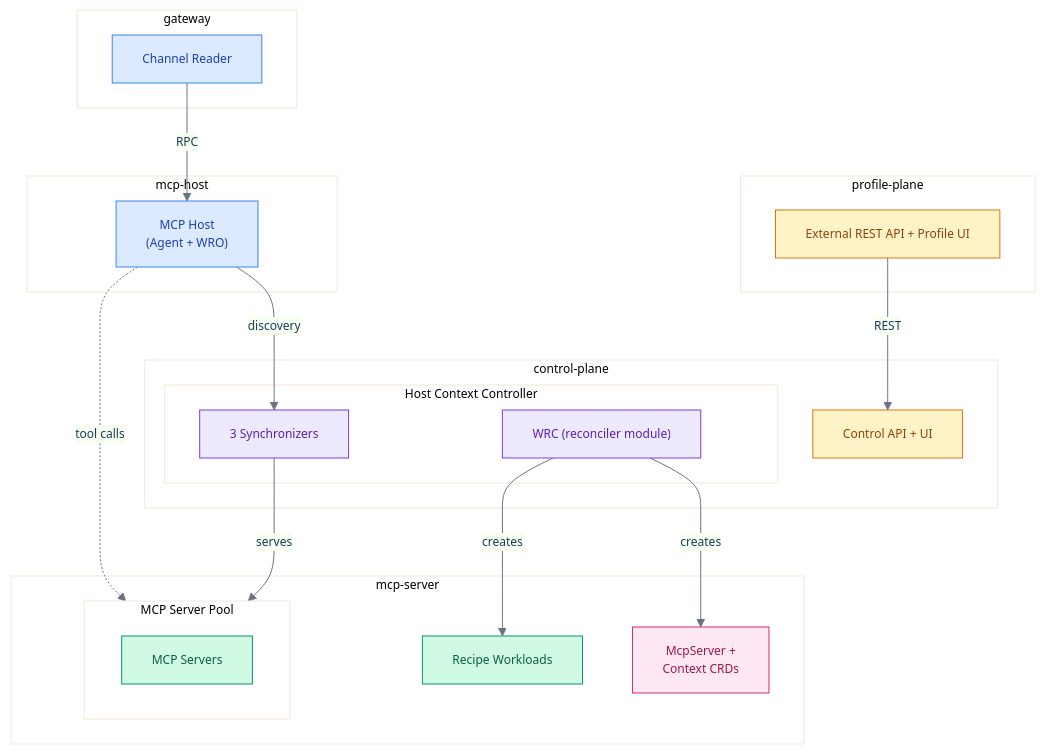
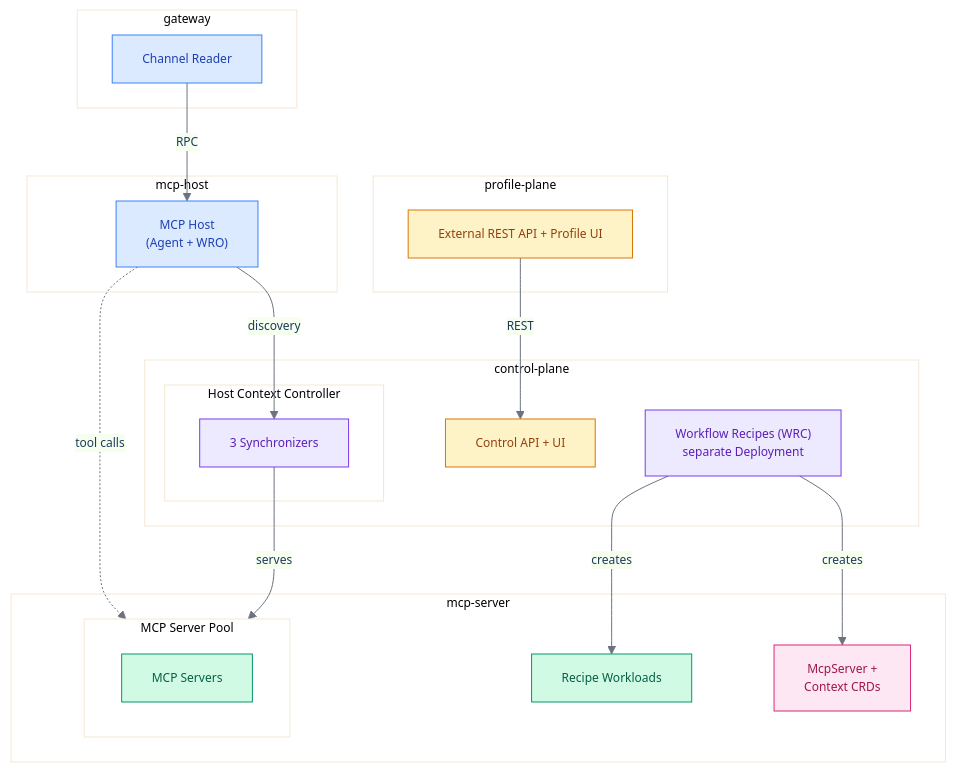
The first of 4 diagrams in docs/crds/workflowrecipe.md (evenfire-ai/evenfire), drawn with Mermaid before and after one commit. The commit also changed other lines of this file and 20 other files, not shown here.

````diff
--- a/docs/crds/workflowrecipe.md
+++ b/docs/crds/workflowrecipe.md
@@ -88,63 +88,63 @@
 ```mermaid
 %%{init: {'theme':'base', 'themeVariables': {
   'primaryColor':'#EFF6FF',
   'primaryTextColor':'#1E3A5F',
   'primaryBorderColor':'#3B82F6',
   'lineColor':'#6B7280',
   'fontSize':'12px'
 }}}%%
 flowchart TB
     subgraph NS_PP["profile-plane"]
         PP["External REST API + Profile UI"]
     end
 
     subgraph NS_CP["control-plane"]
         CP["Control API + UI"]
     end
 
     subgraph NS_GW["gateway"]
         CR["Channel Reader"]
     end
 
     subgraph NS_HOST["mcp-host"]
         MH["MCP Host<br/>(Agent + WRO)"]
     end
 
     subgraph NS_CP["control-plane"]
         CP["Control API + UI"]
         subgraph HCC_BOX["Host Context Controller"]
             HCC_SYNC["3 Synchronizers"]
-            WRC["WRC (reconciler module)"]
         end
+        WRC["Workflow Recipes (WRC)<br/>separate Deployment"]
     end
 
     subgraph NS_MCP["mcp-server"]
         subgraph POOL["MCP Server Pool"]
             MCS["MCP Servers"]
         end
         WL["Recipe Workloads"]
         CRD["McpServer +<br/>Context CRDs"]
     end
 
     CR -->|"RPC"| MH
     MH -->|"discovery"| HCC_SYNC
     HCC_SYNC -->|"serves"| POOL
     MH -.->|"tool calls"| POOL
     WRC -->|"creates"| CRD
     WRC -->|"creates"| WL
     PP -->|"REST"| CP
 
     classDef service fill:#DBEAFE,stroke:#3B82F6,color:#1E40AF
     classDef operator fill:#EDE9FE,stroke:#7C3AED,color:#5B21B6
     classDef workload fill:#D1FAE5,stroke:#059669,color:#065F46
     classDef crd fill:#FCE7F3,stroke:#DB2777,color:#9D174D
     classDef user fill:#FEF3C7,stroke:#D97706,color:#92400E
     classDef security fill:#FEE2E2,stroke:#DC2626,color:#991B1B
     classDef storage fill:#F3F4F6,stroke:#6B7280,color:#374151
 
     class CR,MH service
     class HCC_SYNC,WRC operator
     class MCS,WL workload
     class CRD crd
     class PP,CP user
 ```
````
